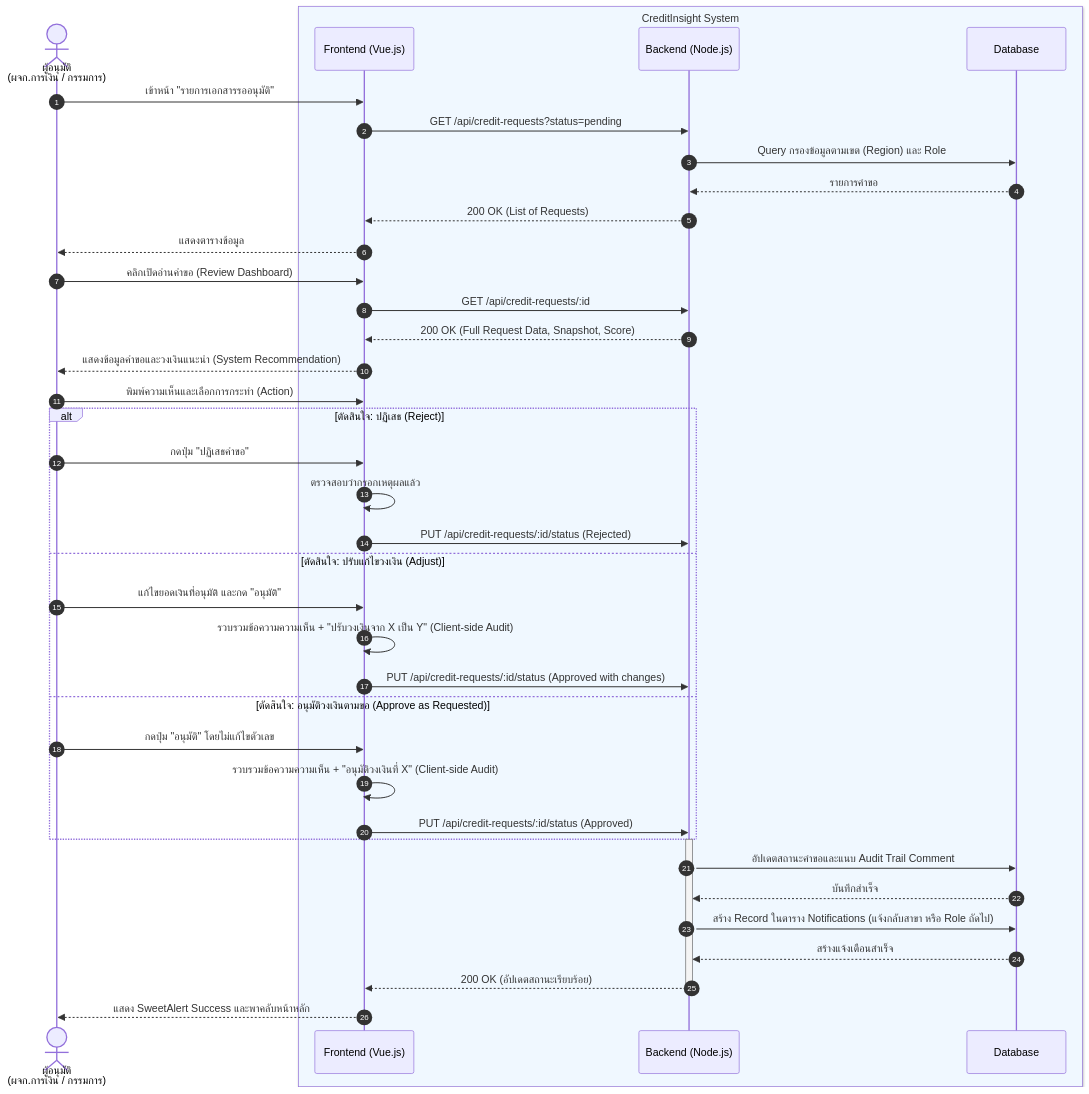
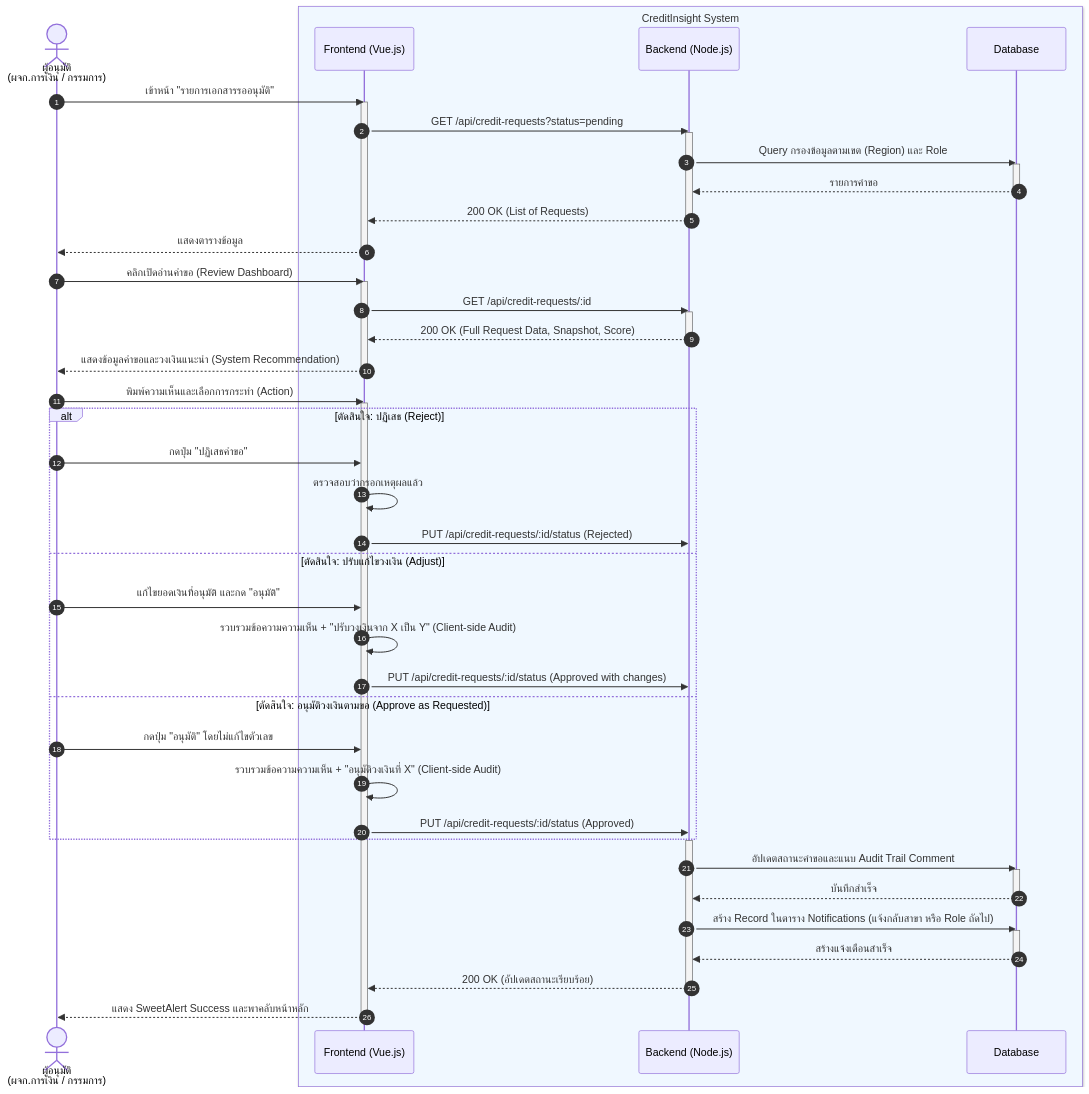
The third of 3 diagrams in docs/presentations/sequence_diagram.md (JinnawatJid/iNsightDocs), drawn with Mermaid before and after one commit. The commit also changed other lines of this file, not shown here.

First line of the commit message:
docs(sequence): add activation boxes to mermaid diagrams

````diff
--- a/docs/presentations/sequence_diagram.md
+++ b/docs/presentations/sequence_diagram.md
@@ -144,54 +166,70 @@
 ```mermaid
 sequenceDiagram
     autonumber
     actor App as ผู้อนุมัติ <br>(ผจก.การเงิน / กรรมการ)
 
     box rgb(240, 248, 255) CreditInsight System
         participant Vue as Frontend (Vue.js)
         participant API as Backend (Node.js)
         participant DB as Database
     end
 
     %% 1. View Pending List & Open Request
     App->>Vue: เข้าหน้า "รายการเอกสารรออนุมัติ"
+    activate Vue
     Vue->>API: GET /api/credit-requests?status=pending
+    activate API
     API->>DB: Query กรองข้อมูลตามเขต (Region) และ Role
+    activate DB
     DB-->>API: รายการคำขอ
+    deactivate DB
     API-->>Vue: 200 OK (List of Requests)
+    deactivate API
     Vue-->>App: แสดงตารางข้อมูล
+    deactivate Vue
 
     App->>Vue: คลิกเปิดอ่านคำขอ (Review Dashboard)
+    activate Vue
     Vue->>API: GET /api/credit-requests/:id
+    activate API
     API-->>Vue: 200 OK (Full Request Data, Snapshot, Score)
+    deactivate API
     Vue-->>App: แสดงข้อมูลคำขอและวงเงินแนะนำ (System Recommendation)
+    deactivate Vue
 
     %% 2. Decision Making
     App->>Vue: พิมพ์ความเห็นและเลือกการกระทำ (Action)
+    activate Vue
 
     alt ตัดสินใจ: ปฏิเสธ (Reject)
         App->>Vue: กดปุ่ม "ปฏิเสธคำขอ"
         Vue->>Vue: ตรวจสอบว่ากรอกเหตุผลแล้ว
         Vue->>API: PUT /api/credit-requests/:id/status (Rejected)
     else ตัดสินใจ: ปรับแก้ไขวงเงิน (Adjust)
         App->>Vue: แก้ไขยอดเงินที่อนุมัติ และกด "อนุมัติ"
         Vue->>Vue: รวบรวมข้อความความเห็น + "ปรับวงเงินจาก X เป็น Y" (Client-side Audit)
         Vue->>API: PUT /api/credit-requests/:id/status (Approved with changes)
     else ตัดสินใจ: อนุมัติวงเงินตามขอ (Approve as Requested)
         App->>Vue: กดปุ่ม "อนุมัติ" โดยไม่แก้ไขตัวเลข
         Vue->>Vue: รวบรวมข้อความความเห็น + "อนุมัติวงเงินที่ X" (Client-side Audit)
         Vue->>API: PUT /api/credit-requests/:id/status (Approved)
     end
 
     %% 3. Backend Processing & Notification
     activate API
     API->>DB: อัปเดตสถานะคำขอและแนบ Audit Trail Comment
+    activate DB
     DB-->>API: บันทึกสำเร็จ
+    deactivate DB
 
     %% Notification Trigger
     API->>DB: สร้าง Record ในตาราง Notifications (แจ้งกลับสาขา หรือ Role ถัดไป)
+    activate DB
     DB-->>API: สร้างแจ้งเตือนสำเร็จ
+    deactivate DB
     API-->>Vue: 200 OK (อัปเดตสถานะเรียบร้อย)
     deactivate API
 
     Vue-->>App: แสดง SweetAlert Success และพาคลับหน้าหลัก
+    deactivate Vue
 ```
````
